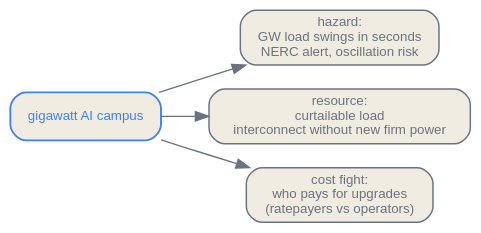
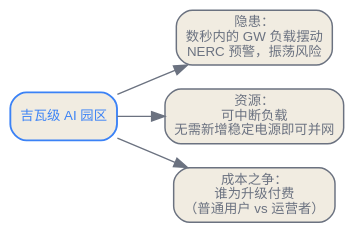
Before and after one commit to latere-ai/ai-as-an-infrastructure: the second of 2 diagrams in zh/infrastructure/05-powering-it.qmd, drawn with Graphviz. The commit also changed other lines of this file and 273 other files, not shown here.

Commit message:
docs: localize Chinese diagrams

````diff
--- a/zh/infrastructure/05-powering-it.qmd
+++ b/zh/infrastructure/05-powering-it.qmd
@@ -60,19 +60,19 @@
 ```{dot}
 //| label: fig-powering-grid
 //| fig-cap: "把吉瓦园区看作一个两面的对象：一个电网必须吸收的可靠性隐患（数秒内的多吉瓦负载摆动），以及，潜在地，一种为了更快并网而中断的灵活资源。哪一面占上风，是本章的开放问题。"
 digraph grid {
   rankdir=LR;
   bgcolor="transparent";
   node [shape=box, style="rounded,filled", fontname="Helvetica", fontsize=10, color="#6b7280", fontcolor="#6b7280", fillcolor="#f1ece1", penwidth=1.1];
   edge [color="#6b7280", fontcolor="#6b7280", fontsize=9];
 
-  dc [label="gigawatt AI campus", color="#3b82f6", fontcolor="#3b82f6", penwidth=1.4];
-  hazard [label="hazard:\nGW load swings in seconds\nNERC alert, oscillation risk"];
-  flex   [label="resource:\ncurtailable load\ninterconnect without new firm power"];
-  cost   [label="cost fight:\nwho pays for upgrades\n(ratepayers vs operators)"];
+  dc [label="吉瓦级 AI 园区", color="#3b82f6", fontcolor="#3b82f6", penwidth=1.4];
+  hazard [label="隐患：\n数秒内的 GW 负载摆动\nNERC 预警，振荡风险"];
+  flex   [label="资源：\n可中断负载\n无需新增稳定电源即可并网"];
+  cost   [label="成本之争：\n谁为升级付费\n（普通用户 vs 运营者）"];
 
   dc -> hazard;
   dc -> flex;
   dc -> cost;
 }
 ```
````
